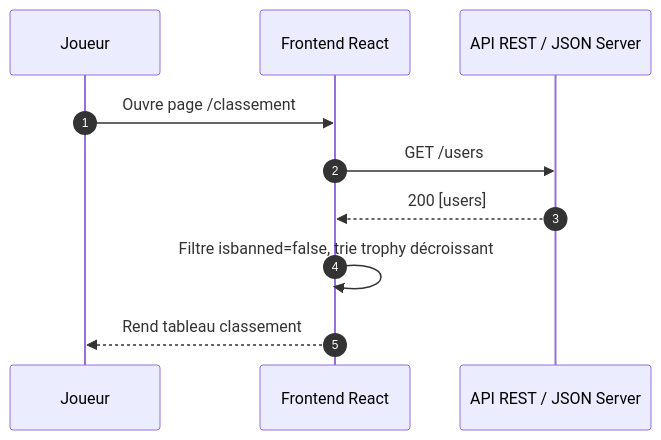
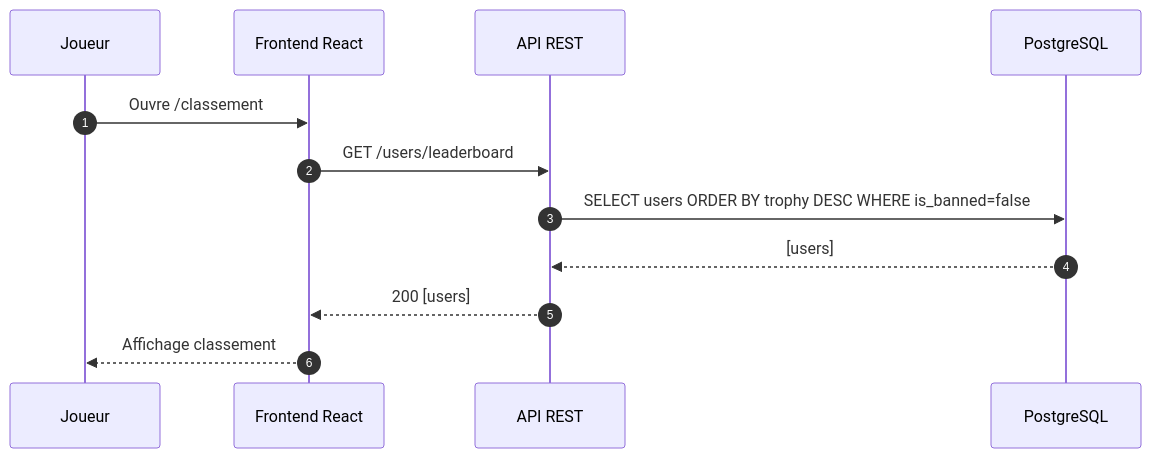
Before and after one commit to suleyyerli/project-chess: the second of 2 diagrams in docs/diagrammes-sequence.md, drawn with Mermaid. The commit also changed other lines of this file and 13 other files, not shown here.

````diff
--- a/docs/diagrammes-sequence.md
+++ b/docs/diagrammes-sequence.md
@@ -37,13 +43,15 @@
 ```mermaid
 sequenceDiagram
     autonumber
     participant U as Joueur
     participant F as Frontend React
-    participant API as API REST / JSON Server
+    participant API as API REST
+    participant DB as PostgreSQL
 
-    U->>F: Ouvre page /classement
-    F->>API: GET /users
+    U->>F: Ouvre /classement
+    F->>API: GET /users/leaderboard
+    API->>DB: SELECT users ORDER BY trophy DESC WHERE is_banned=false
+    DB-->>API: [users]
     API-->>F: 200 [users]
-    F->>F: Filtre isbanned=false, trie trophy décroissant
-    F-->>U: Rend tableau classement
+    F-->>U: Affichage classement
 ```
````
